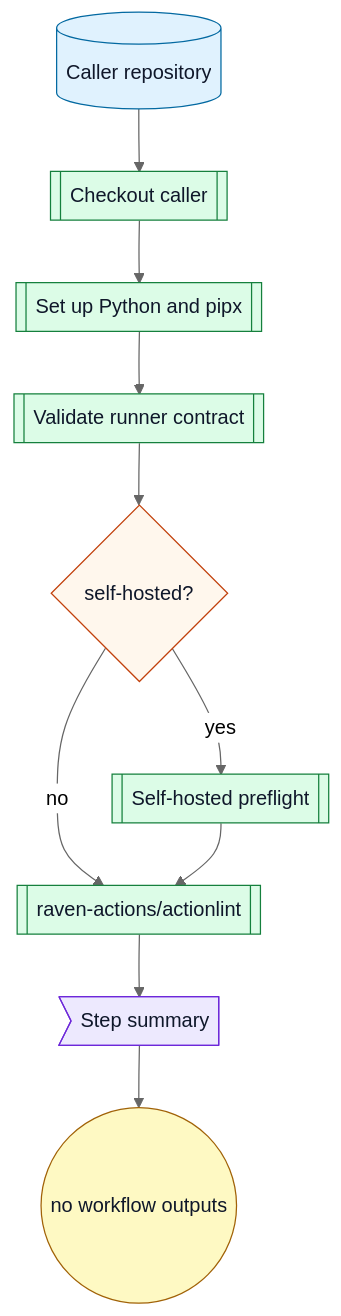
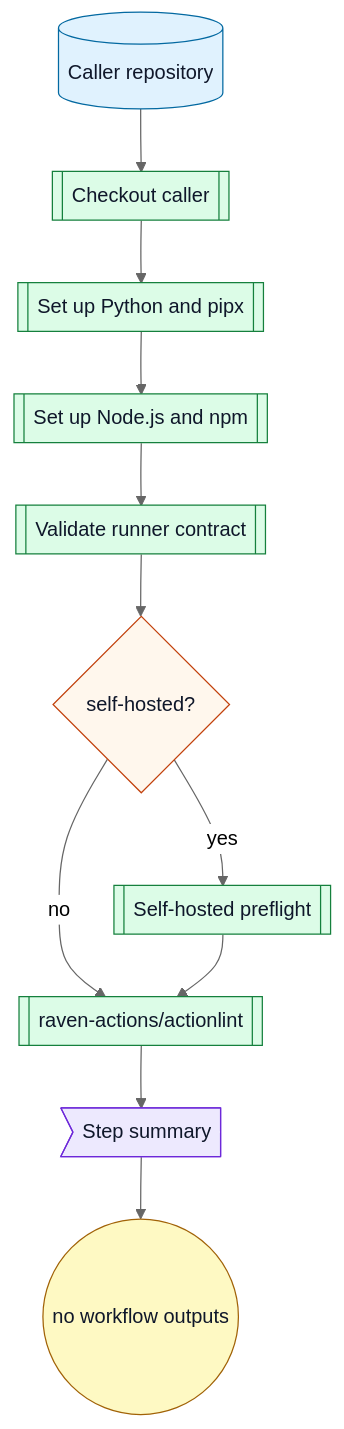
Before and after one commit to ArkanisCorporation/ci: the seventh of 17 diagrams in docs/workflow-catalog.md, drawn with Mermaid (neutral theme). The commit also changed other lines of this file and 4 other files, not shown here.

Commit message:
fix(gha): set up node for actionlint

````diff
--- a/docs/workflow-catalog.md
+++ b/docs/workflow-catalog.md
@@ -878,23 +878,24 @@
 ```mermaid
 flowchart TD
   caller[("Caller repository")] --> checkout[[Checkout caller]]
   checkout --> python[[Set up Python and pipx]]
-  python --> validate[[Validate runner contract]]
+  python --> node[[Set up Node.js and npm]]
+  node --> validate[[Validate runner contract]]
   validate --> preflight{self-hosted?}
   preflight -->|yes| sh[[Self-hosted preflight]]
   preflight -->|no| lint[[raven-actions/actionlint]]
   sh --> lint
   lint --> summary>Step summary]
   summary --> outputs(("no workflow outputs"))
   classDef repo fill:#e0f2fe,stroke:#0369a1,color:#0f172a
   classDef action fill:#dcfce7,stroke:#15803d,color:#0f172a
   classDef decision fill:#fff7ed,stroke:#c2410c,color:#0f172a
   classDef artifact fill:#ede9fe,stroke:#6d28d9,color:#0f172a
   classDef output fill:#fef9c3,stroke:#a16207,color:#0f172a
   classDef external fill:#f8fafc,stroke:#475569,stroke-dasharray: 4 3,color:#0f172a
   class caller repo
-  class checkout,python,validate,sh,lint action
+  class checkout,python,node,validate,sh,lint action
   class preflight decision
   class summary artifact
   class outputs output
 ```
````
